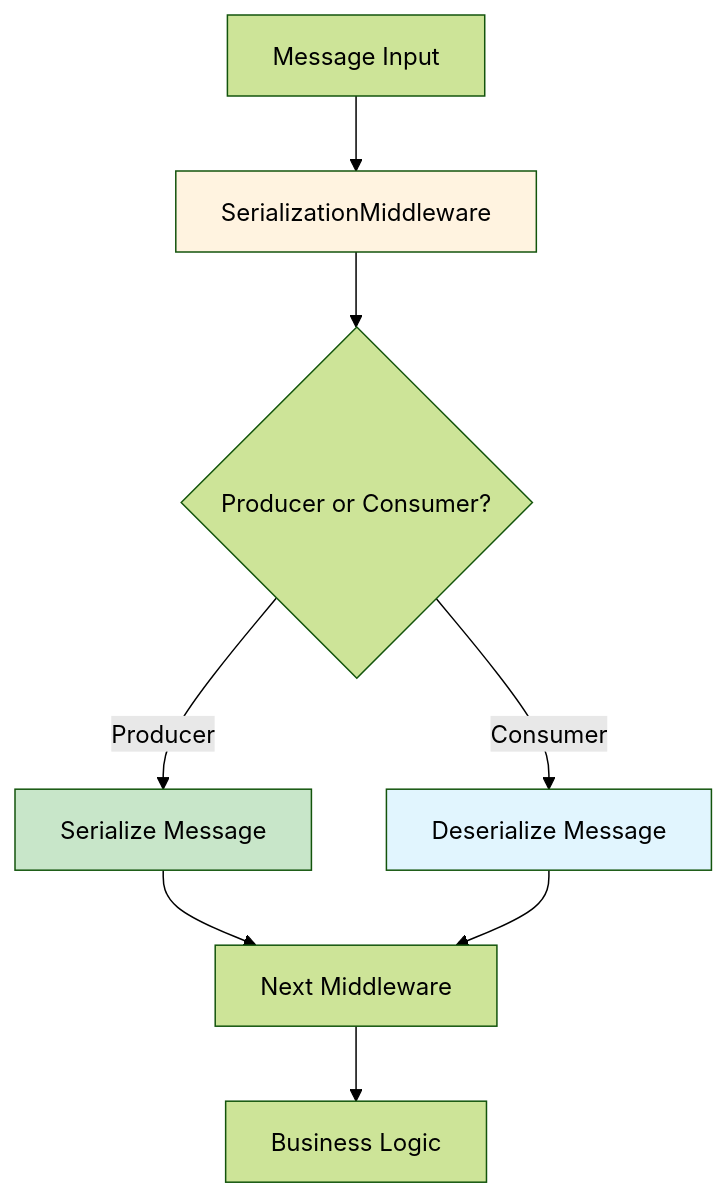
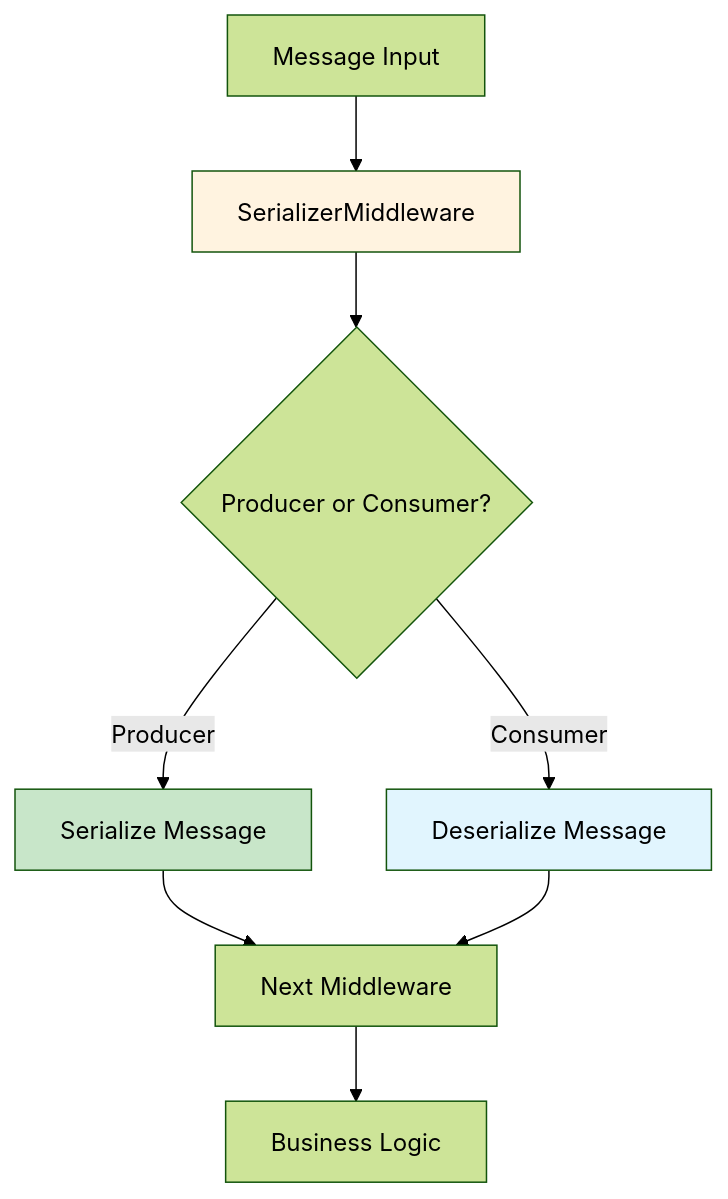
The diagram in docs/features/serialization.md (cleberMargarida/k-entity-framework), drawn with Mermaid (forest theme) before and after one commit. The commit also changed other lines of this file and 7 other files, not shown here.

````diff
--- a/docs/features/serialization.md
+++ b/docs/features/serialization.md
@@ -294,14 +257,14 @@
 ```mermaid
 graph TD
-    A[Message Input] --> B[SerializationMiddleware]
+    A[Message Input] --> B[SerializerMiddleware]
     B --> C{Producer or Consumer?}
     C -->|Producer| D[Serialize Message]
     C -->|Consumer| E[Deserialize Message]
     D --> F[Next Middleware]
     E --> F
     F --> G[Business Logic]
     
     style B fill:#fff3e0
     style D fill:#c8e6c9
     style E fill:#e1f5fe
 ```
````
